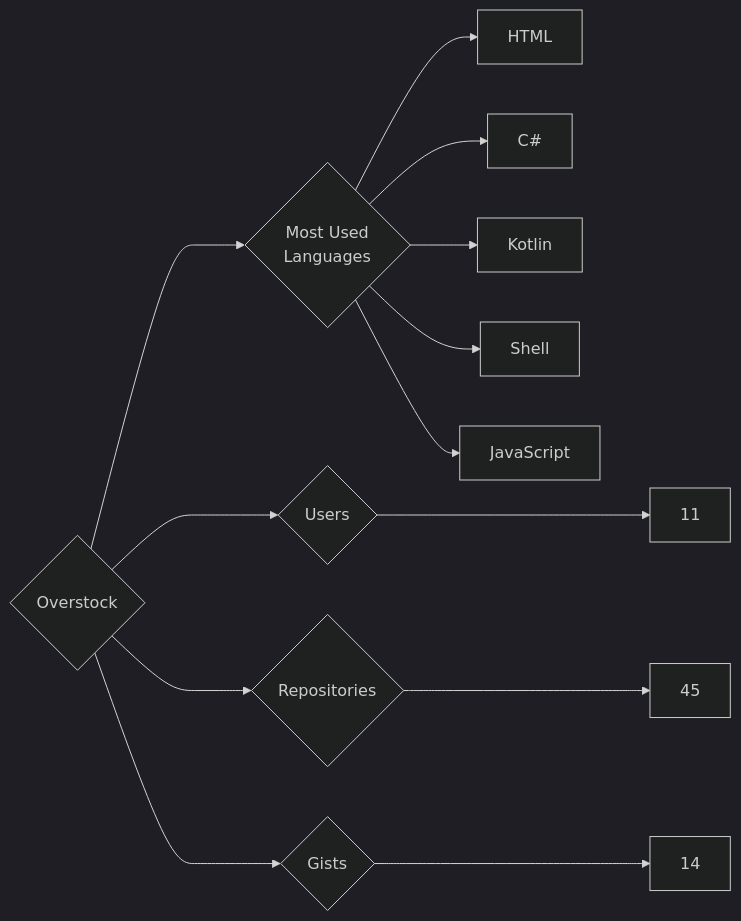
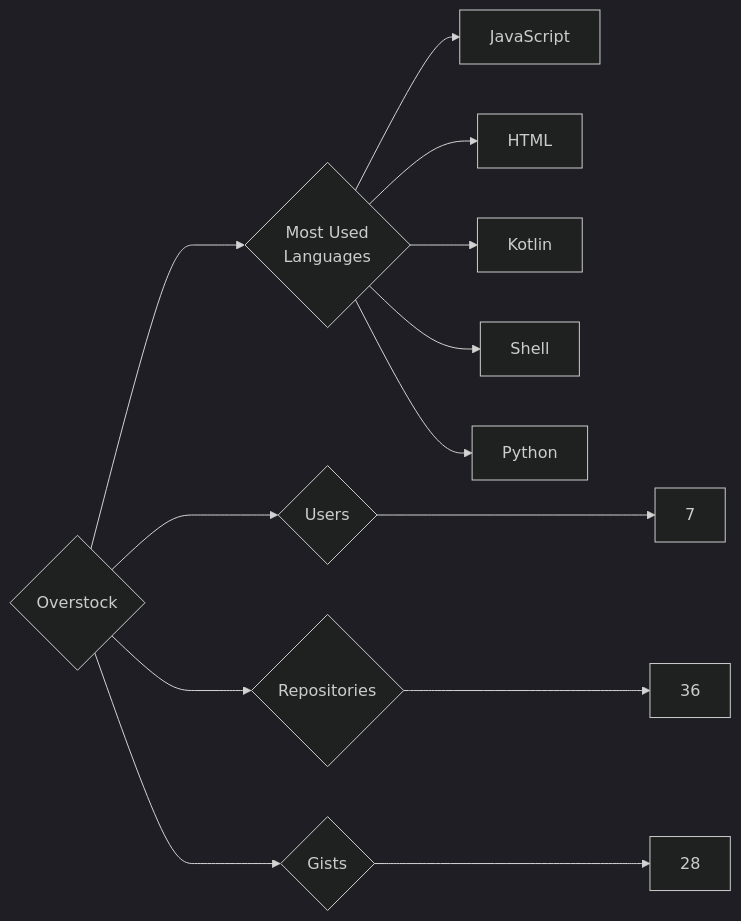
One commit to trickest/insiders changed the diagram in targets/Overstock/README.md. Above: the diagram before and after it, drawn with Mermaid (dark theme). The commit also changed 928 other files, not shown here.

````diff
--- a/targets/Overstock/README.md
+++ b/targets/Overstock/README.md
@@ -3,13 +3,13 @@
 ```mermaid
 graph LR
 COMPANY_NAME{Overstock}
-COMPANY_NAME ---> U{Users} ---> UN[11]
-COMPANY_NAME ---> R{Repositories} ---> RN[45]
-COMPANY_NAME ---> G{Gists} ---> GN[14]
+COMPANY_NAME ---> U{Users} ---> UN[7]
+COMPANY_NAME ---> R{Repositories} ---> RN[36]
+COMPANY_NAME ---> G{Gists} ---> GN[28]
 COMPANY_NAME ---> ML{Most Used<br>Languages}
+ML --> JavaScript[JavaScript]
 ML --> HTML[HTML]
-ML --> C#[C#]
 ML --> Kotlin[Kotlin]
 ML --> Shell[Shell]
-ML --> JavaScript[JavaScript]
+ML --> Python[Python]
 ```
````
